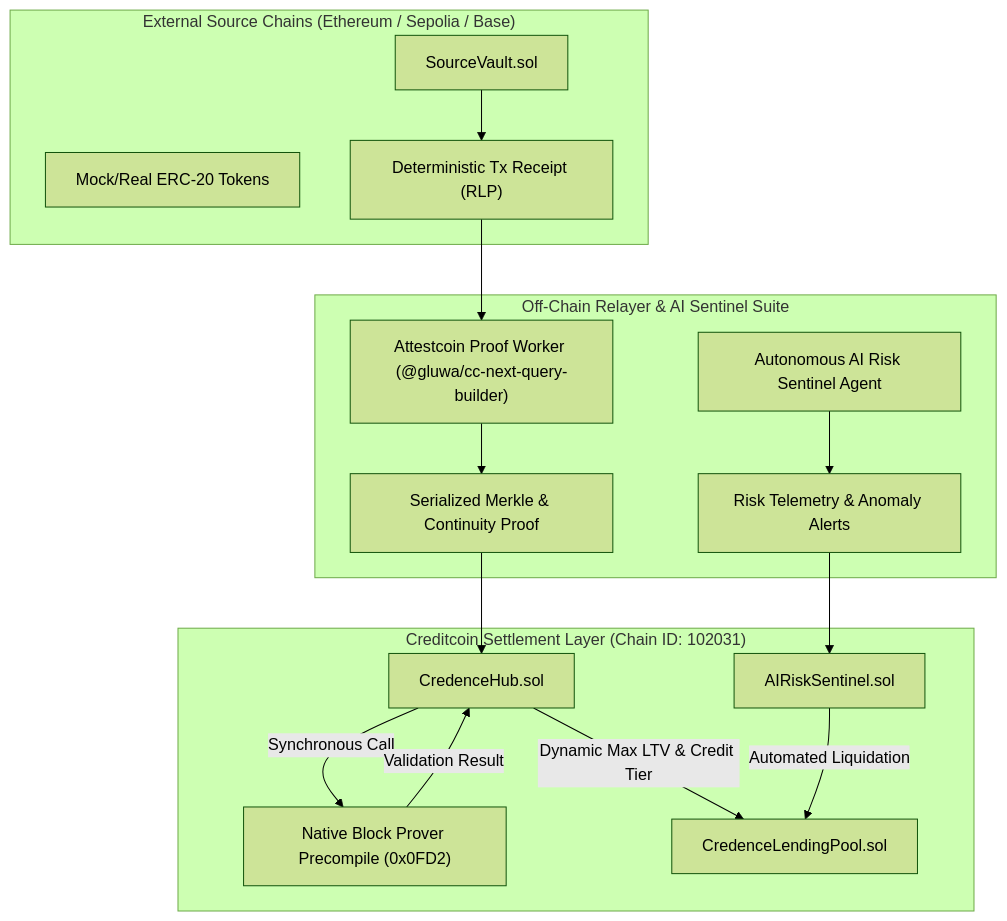
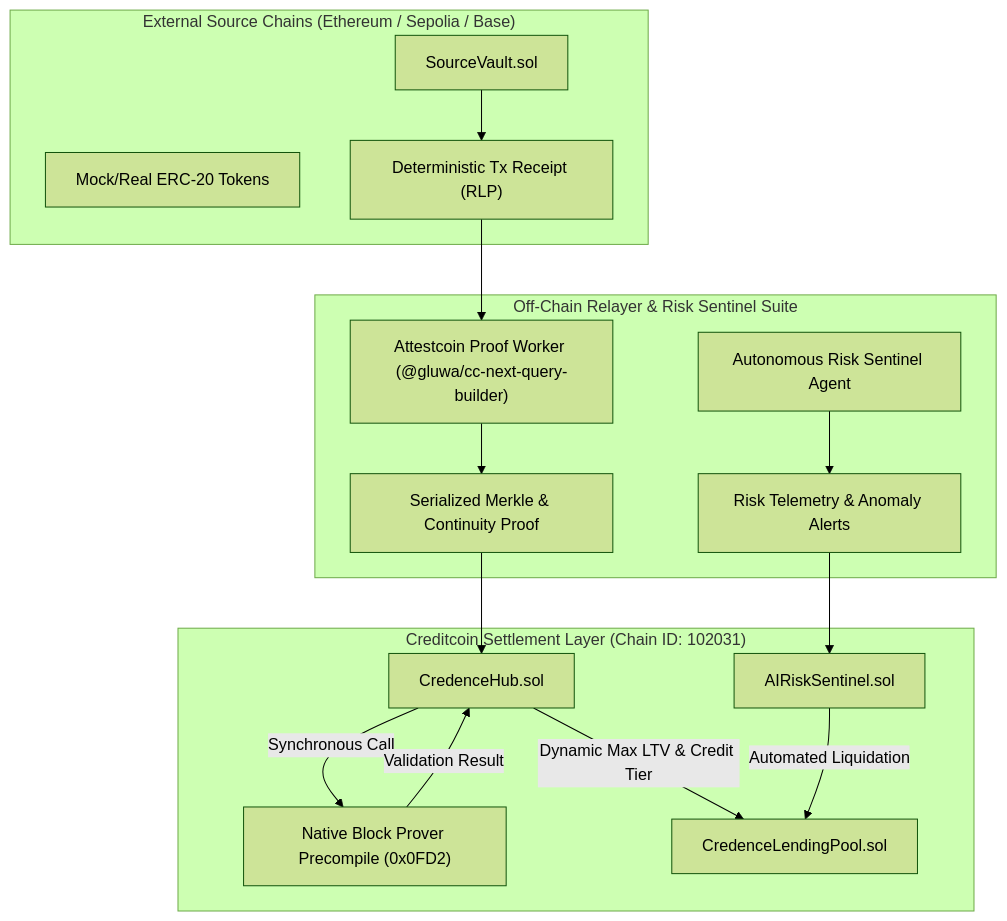
The diagram in docs/ARCHITECTURE.md (mateojkk/credence), drawn with Mermaid (forest theme) before and after one commit. The commit also changed 6 other files, not shown here.

````diff
--- a/docs/ARCHITECTURE.md
+++ b/docs/ARCHITECTURE.md
@@ -3,31 +3,31 @@
 ```mermaid
 graph TB
     subgraph ExternalChains ["External Source Chains (Ethereum / Sepolia / Base)"]
         SV["SourceVault.sol"]
         ERC["Mock/Real ERC-20 Tokens"]
         TX["Deterministic Tx Receipt (RLP)"]
         SV --> TX
     end
 
-    subgraph OffChainLayer ["Off-Chain Relayer & AI Sentinel Suite"]
+    subgraph OffChainLayer ["Off-Chain Relayer & Risk Sentinel Suite"]
         Worker["Attestcoin Proof Worker (@gluwa/cc-next-query-builder)"]
-        AI["Autonomous AI Risk Sentinel Agent"]
+        SentinelAgent["Autonomous Risk Sentinel Agent"]
         TX --> Worker
         Worker --> Proof["Serialized Merkle & Continuity Proof"]
-        AI --> Telemetry["Risk Telemetry & Anomaly Alerts"]
+        SentinelAgent --> Telemetry["Risk Telemetry & Anomaly Alerts"]
     end
 
     subgraph CreditcoinLayer ["Creditcoin Settlement Layer (Chain ID: 102031)"]
         Hub["CredenceHub.sol"]
         Precompile["Native Block Prover Precompile (0x0FD2)"]
         Pool["CredenceLendingPool.sol"]
         Sentinel["AIRiskSentinel.sol"]
 
         Proof --> Hub
         Hub -->|Synchronous Call| Precompile
         Precompile -->|Validation Result| Hub
         Hub -->|Dynamic Max LTV & Credit Tier| Pool
         Telemetry --> Sentinel
         Sentinel -->|Automated Liquidation| Pool
     end
 ```
````
